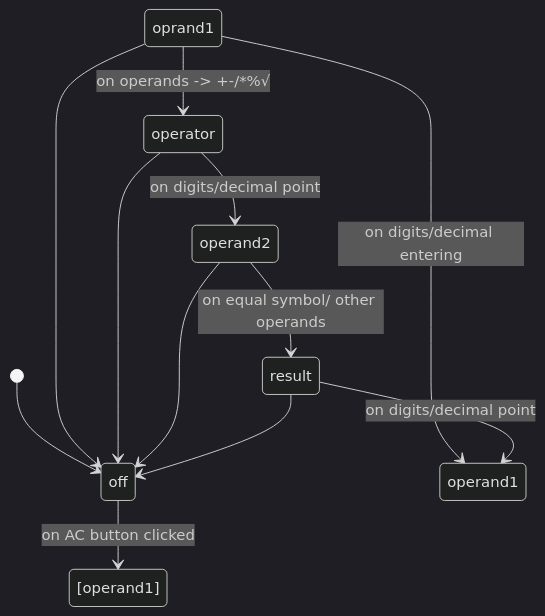
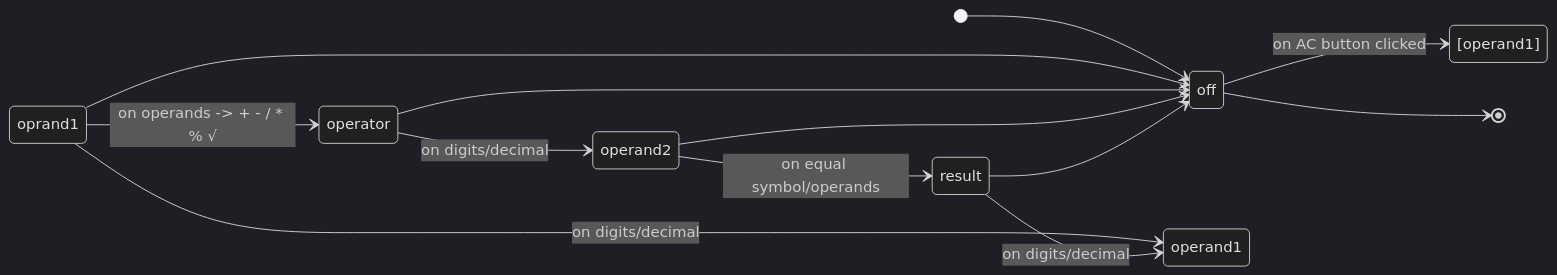
Before and after one commit to noushad-pp/react-retro-calculator: the diagram in README.md, drawn with Mermaid (dark theme).

Commit message:
diagram improvements

````diff
--- a/README.md
+++ b/README.md
@@ -25,18 +25,21 @@
 ```mermaid
 stateDiagram-v2
+    direction LR
+
     [*] --> off
     off --> [operand1]: on AC button clicked
 
     oprand1 --> off
-    oprand1 --> operand1: on digits/decimal entering
-    oprand1 --> operator: on operands -> +-/*%√
+    oprand1 --> operand1: on digits/decimal
+    oprand1 --> operator: on operands -> + - / * % √
 
     operator --> off
-    operator --> operand2: on digits/decimal point
+    operator --> operand2: on digits/decimal
 
     operand2 --> off
-    operand2 --> result: on equal symbol/ other operands
+    operand2 --> result: on equal symbol/operands
 
-    result --> operand1: on digits/decimal point
+    result --> operand1: on digits/decimal
     result --> off
+    off --> [*]
 ```
````
